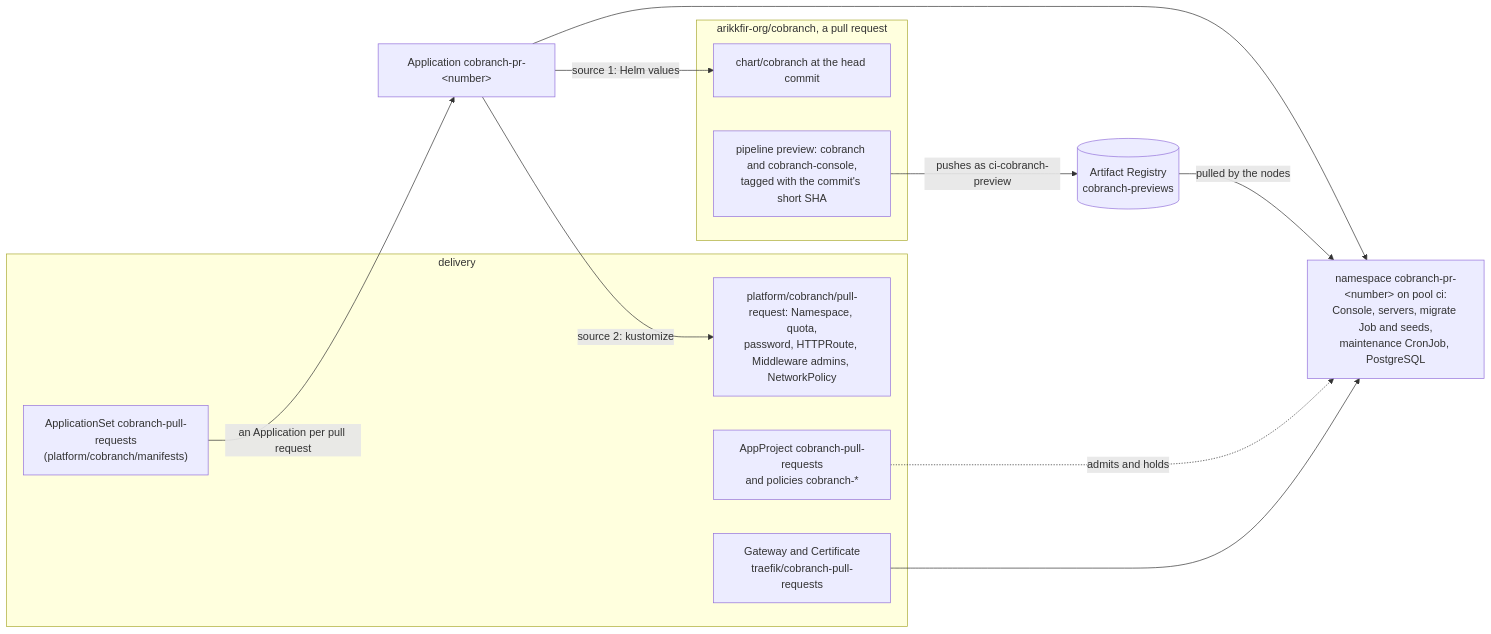
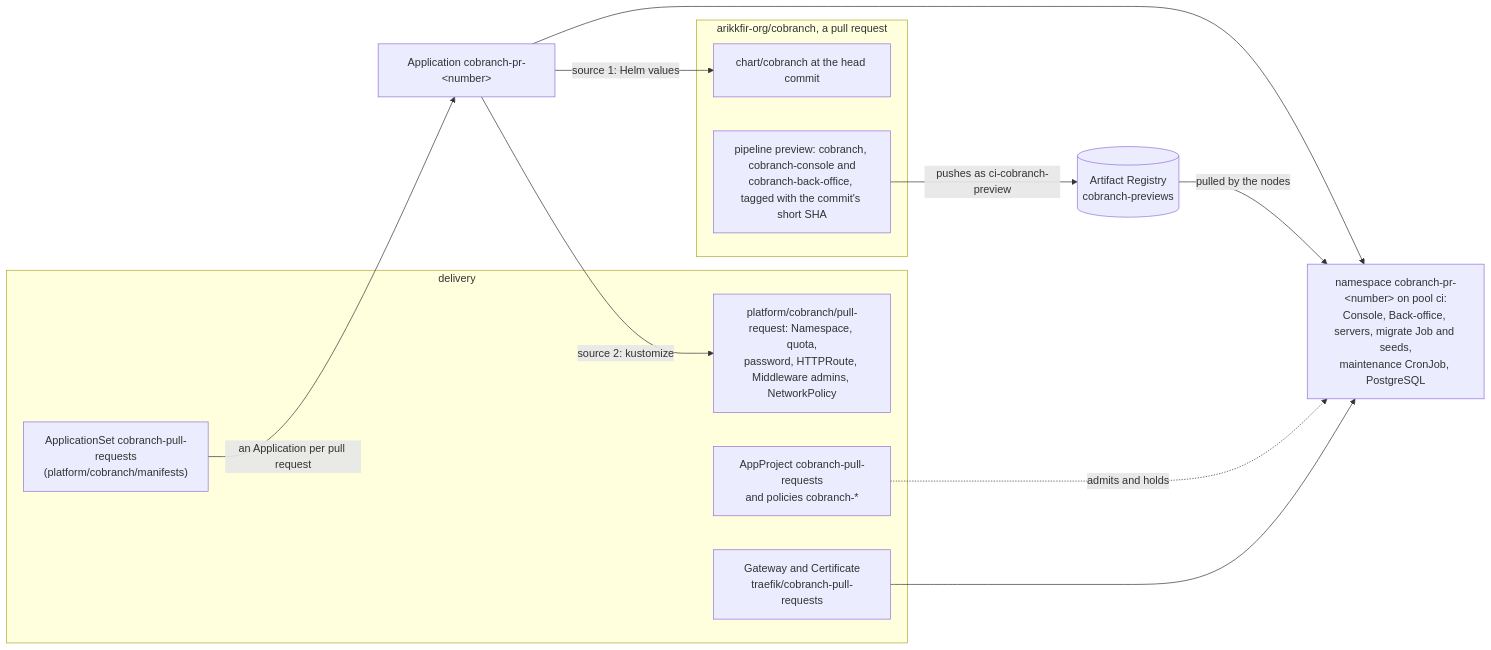
Before and after one commit to arikkfir-org/delivery: the first of 4 diagrams in docs/delivery/designs/cobranch-previews.md, drawn with Mermaid. The commit also changed other lines of this file and 9 other files, not shown here.

First line of the commit message:
feat(cobranch): run the Admin server and the Back-office

````diff
--- a/docs/delivery/designs/cobranch-previews.md
+++ b/docs/delivery/designs/cobranch-previews.md
@@ -11,21 +11,21 @@
 ```mermaid
 flowchart LR
   subgraph cobranchrepo["arikkfir-org/cobranch, a pull request"]
     Chart["chart/cobranch at the head commit"]
-    Preview["pipeline preview: cobranch and cobranch-console,<br/>tagged with the commit's short SHA"]
+    Preview["pipeline preview: cobranch, cobranch-console and<br/>cobranch-back-office, tagged with the commit's short SHA"]
   end
   subgraph delivery["delivery"]
     Set["ApplicationSet cobranch-pull-requests<br/>(platform/cobranch/manifests)"]
     Extras["platform/cobranch/pull-request: Namespace, quota,<br/>password, HTTPRoute, Middleware admins, NetworkPolicy"]
     Project["AppProject cobranch-pull-requests<br/>and policies cobranch-*"]
     GW["Gateway and Certificate<br/>traefik/cobranch-pull-requests"]
   end
   Preview -- "pushes as ci-cobranch-preview" --> Reg[("Artifact Registry<br/>cobranch-previews")]
   Set -- "an Application per pull request" --> App["Application cobranch-pr-&lt;number&gt;"]
   App -- "source 1: Helm values" --> Chart
   App -- "source 2: kustomize" --> Extras
-  App --> NS["namespace cobranch-pr-&lt;number&gt; on pool ci:<br/>Console, servers, migrate Job and seeds,<br/>maintenance CronJob, PostgreSQL"]
+  App --> NS["namespace cobranch-pr-&lt;number&gt; on pool ci:<br/>Console, Back-office, servers, migrate Job and seeds,<br/>maintenance CronJob, PostgreSQL"]
   Reg -- "pulled by the nodes" --> NS
   Project -. "admits and holds" .-> NS
   GW --> NS
 ```
````
